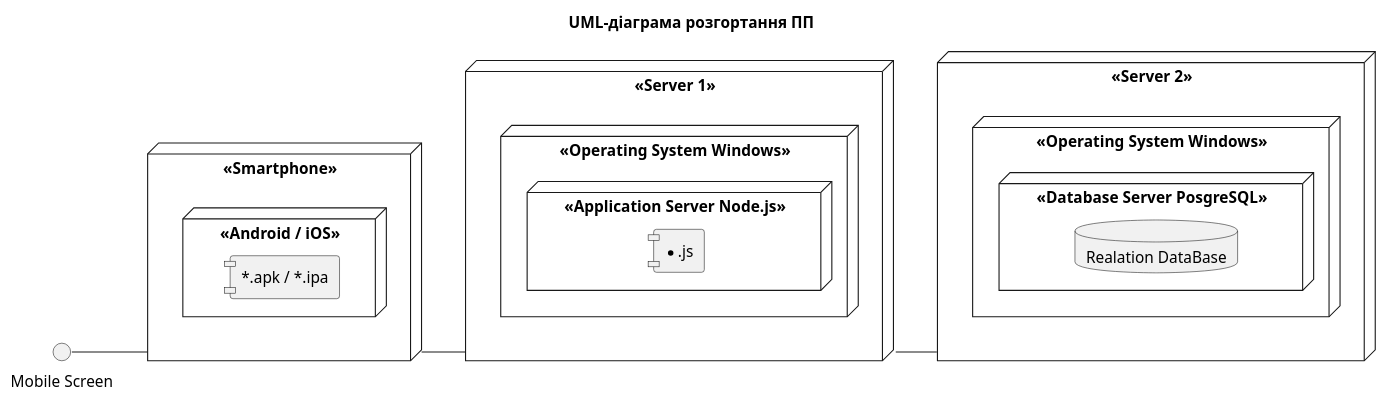
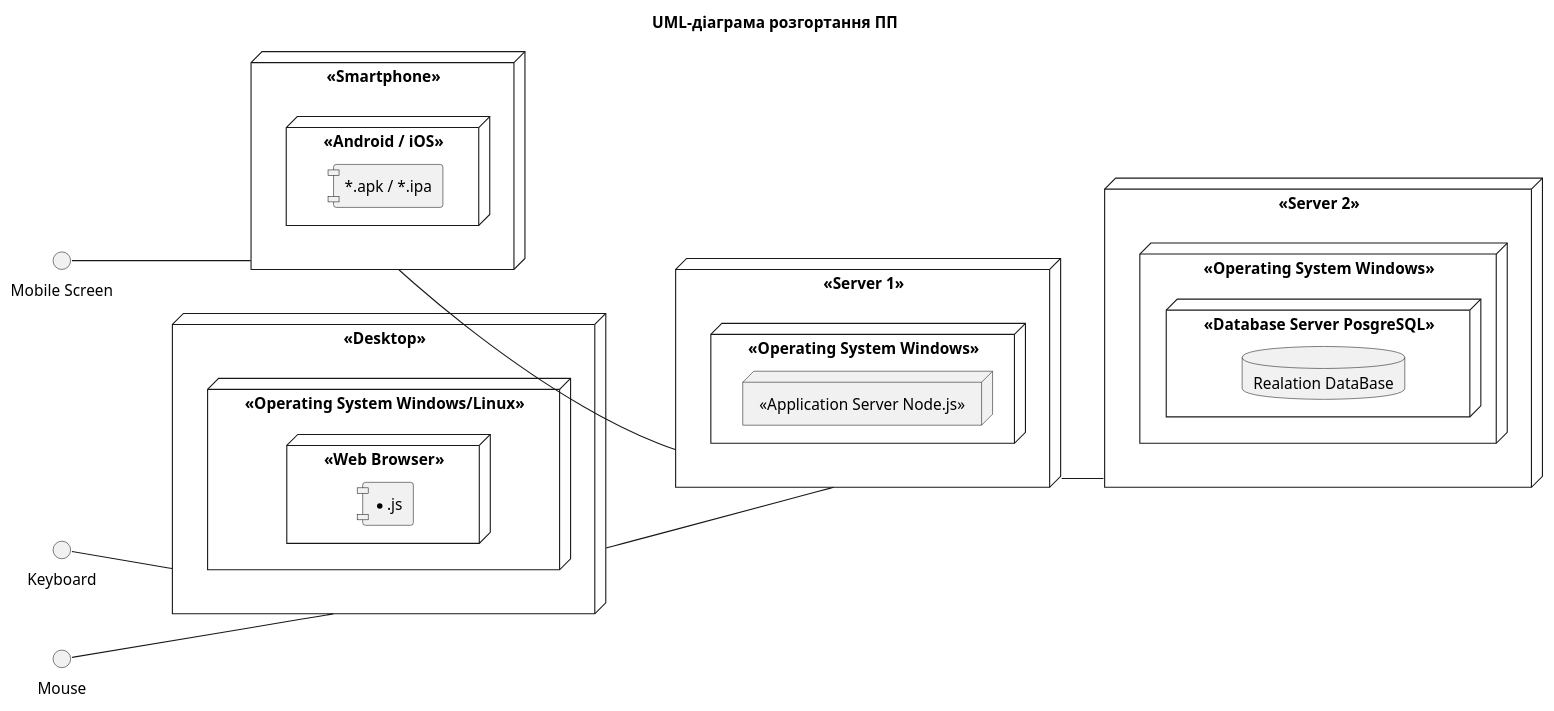
The diagram in Laboratory-work-2/UML-Deployment.puml (OS-IS/ai201-sibibert), drawn with PlantUML before and after one commit.

```diff
--- a/Laboratory-work-2/UML-Deployment.puml
+++ b/Laboratory-work-2/UML-Deployment.puml
@@ -1,39 +1,57 @@
 @startuml
 
 title UML-діаграма розгортання ПП
 
 left to right direction
 
 skinparam componentStyle uml1
 
 node "<<Smartphone>>" as dk {
     node "<<Android / iOS>>" {
         component [*.apk / *.ipa]
     }
 }
 
 interface "Mobile Screen"
 
 "Mobile Screen" -- dk
 
+node "<<Desktop>>" as dk1 {
+    node "<<Operating System Windows/Linux>>" {
+        node "<<Web Browser>>" {
+            component [*.js]
+        }
+    }
+}
+
+interface Keyboard
+
+interface Mouse
+
+Keyboard -- dk1
+
+Mouse -- dk1
+
 node "<<Server 1>>" as serv1 {
 	node "<<Operating System Windows>>" as l1 {
 	    node "<<Application Server Node.js>>" {
 		    component [*.js]
 		}
 	}
 }
 
 dk -- serv1
+
+dk1 -- serv1
 
 node "<<Server 2>>" as serv2 {
 	node "<<Operating System Windows>>" as l2 {
 	    node "<<Database Server PosgreSQL>>" {
 		    database "Realation DataBase"
 		}
 	}
 }
 
 serv1 -- serv2
 
 @enduml
```
